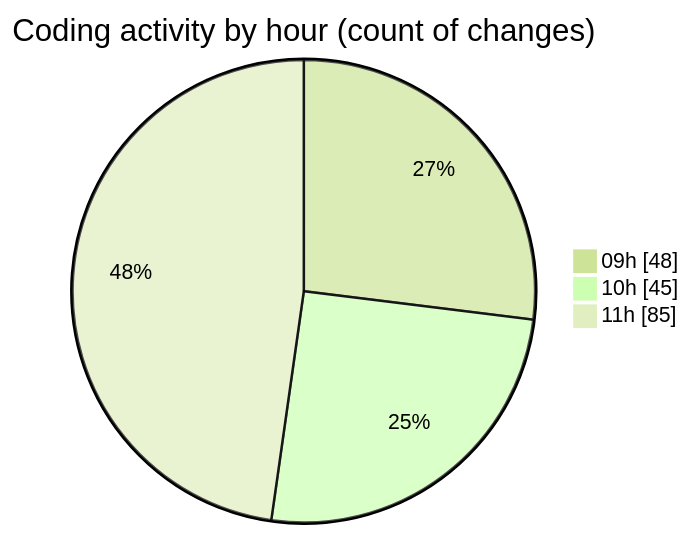
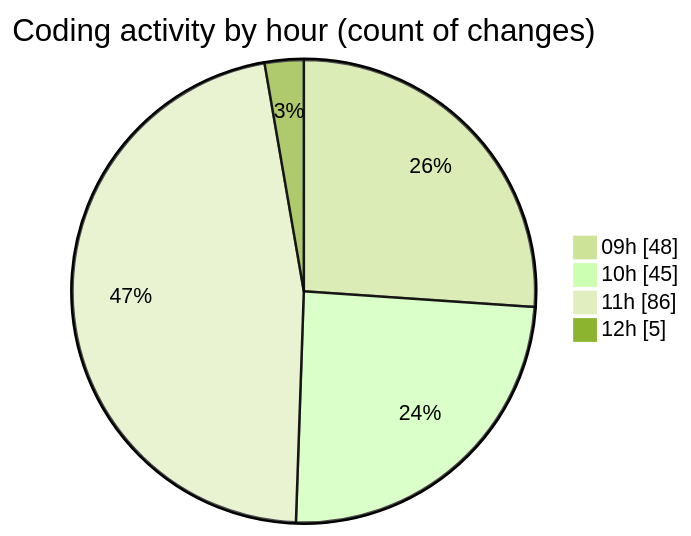
One commit to momahboobian/code-tracking changed the second of 2 diagrams in 2025-03-14/cda/README.md. Above: the diagram before and after it, drawn with Mermaid (forest theme). The commit also changed other lines of this file and 1 other file, not shown here.

````diff
--- a/2025-03-14/cda/README.md
+++ b/2025-03-14/cda/README.md
@@ -45,7 +45,8 @@
 ```mermaid
 pie showData
 title Coding activity by hour (count of changes)
 "09h" : 48
 "10h" : 45
-"11h" : 85
+"11h" : 86
+"12h" : 5
 ```
````
